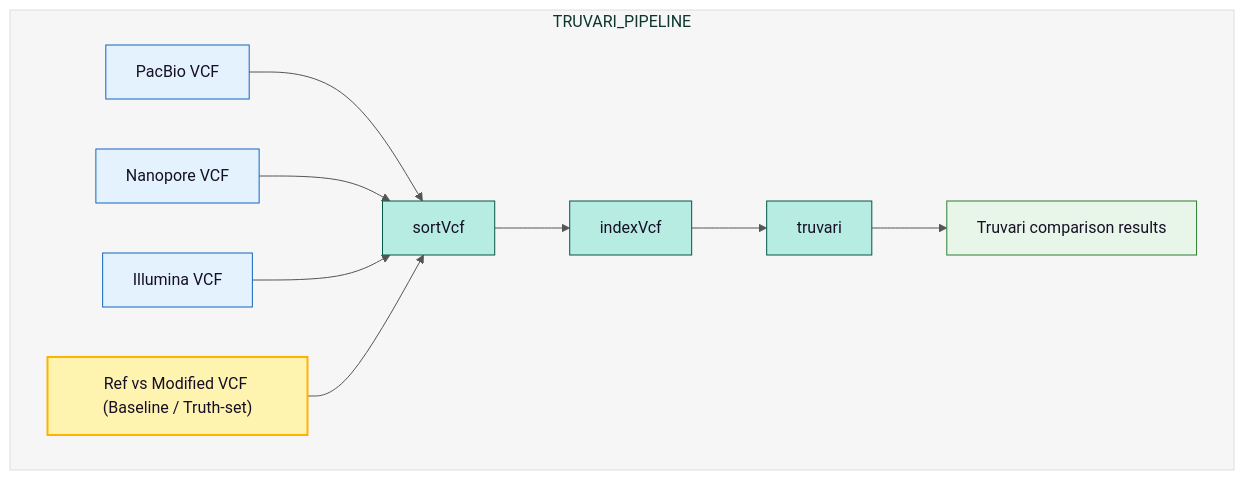
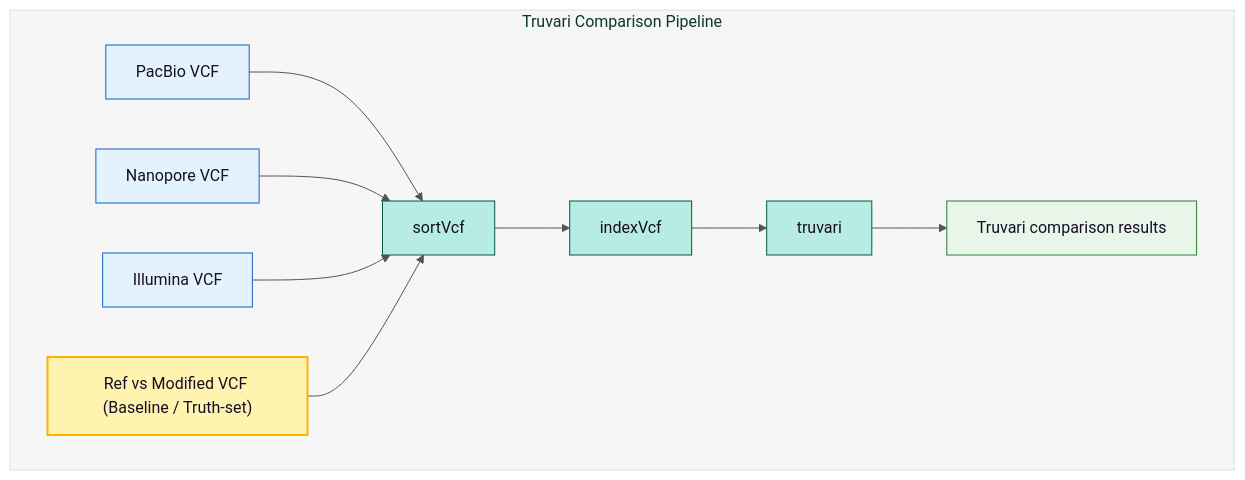
The fourth of 5 diagrams in README.md (denisHanch/efsa_pipeline), drawn with Mermaid before and after one commit. The commit also changed other lines of this file, not shown here.

Commit message:
EFSA-79: adding flowchart long reads

````diff
--- a/README.md
+++ b/README.md
@@ -695,47 +838,47 @@
 ```mermaid
 %%{init: {
   "theme": "base",
   "themeVariables": {
     "primaryColor": "#B6ECE2",
     "primaryTextColor": "#160F26",
     "primaryBorderColor": "#065647",
     "lineColor": "#545555",
     "clusterBkg": "#BABCBD22",
     "clusterBorder": "#DDDEDE",
     "fontFamily": "arial"
   }
 }}%%
 flowchart TB
 
 %% ===== TRUVARI COMPARISON PIPELINE =====
-subgraph TRUVARI_PIPELINE
+subgraph Truvari_Comparision_Pipeline["Truvari Comparison Pipeline"]
     %% Inputs
     REF_MOD_VCF["Ref vs Modified VCF (Baseline / Truth-set)"]:::truthset
     PB_VCF["PacBio VCF"]:::input
     ONT_VCF["Nanopore VCF"]:::input
     IL_VCF["Illumina VCF"]:::input
 
     %% Processes
     SORT_VCF["sortVcf"]:::process
     INDEX_VCF["indexVcf"]:::process
     TRUVARI["truvari"]:::process
 
     %% Output
     TRUVARI_OUT["Truvari comparison results"]:::output
 
     %% Connections
     PB_VCF --> SORT_VCF
     ONT_VCF --> SORT_VCF
     IL_VCF --> SORT_VCF
     REF_MOD_VCF --> SORT_VCF
 
     SORT_VCF --> INDEX_VCF --> TRUVARI --> TRUVARI_OUT
 end
 
 %% ===== STYLING =====
 classDef input fill:#E3F2FD,stroke:#1565C0
 classDef truthset fill:#FFF3B0,stroke:#FFB300,stroke-width:2px
 classDef process fill:#B6ECE2,stroke:#065647
 classDef output fill:#E8F5E9,stroke:#2E7D32
 
 ```
````
